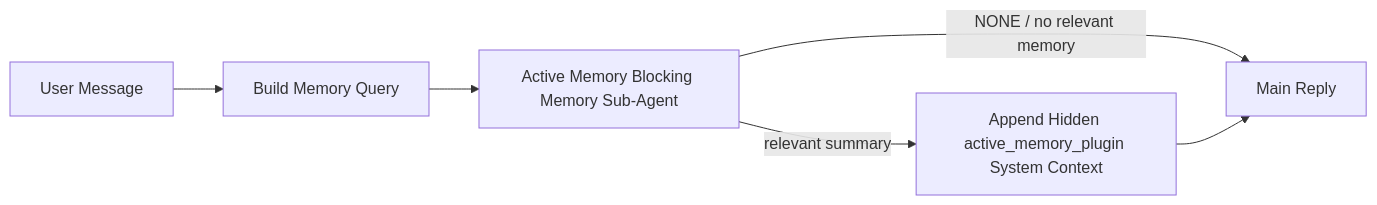
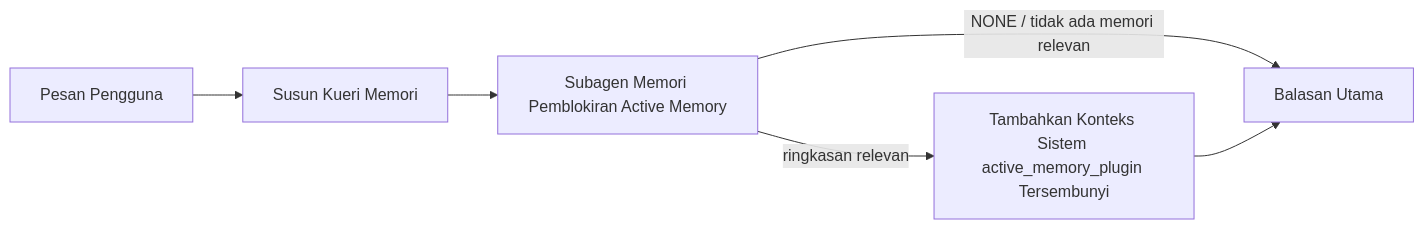
One commit to is0383kk/ai-docs-sync-workflow changed the diagram in openclaw-docs/id/concepts/active-memory.md. Above: the diagram before and after it, drawn with Mermaid. The commit also changed other lines of this file and 11096 other files, not shown here.

````diff
--- a/openclaw-docs/id/concepts/active-memory.md
+++ b/openclaw-docs/id/concepts/active-memory.md
@@ -73,8 +107,8 @@
 ```mermaid
 flowchart LR
-  U["User Message"] --> Q["Build Memory Query"]
-  Q --> R["Active Memory Blocking Memory Sub-Agent"]
-  R -->|NONE / no relevant memory| M["Main Reply"]
-  R -->|relevant summary| I["Append Hidden active_memory_plugin System Context"]
-  I --> M["Main Reply"]
+  U["Pesan Pengguna"] --> Q["Susun Kueri Memori"]
+  Q --> R["Subagen Memori Pemblokiran Active Memory"]
+  R -->|NONE / tidak ada memori relevan| M["Balasan Utama"]
+  R -->|ringkasan relevan| I["Tambahkan Konteks Sistem active_memory_plugin Tersembunyi"]
+  I --> M["Balasan Utama"]
 ```
````
